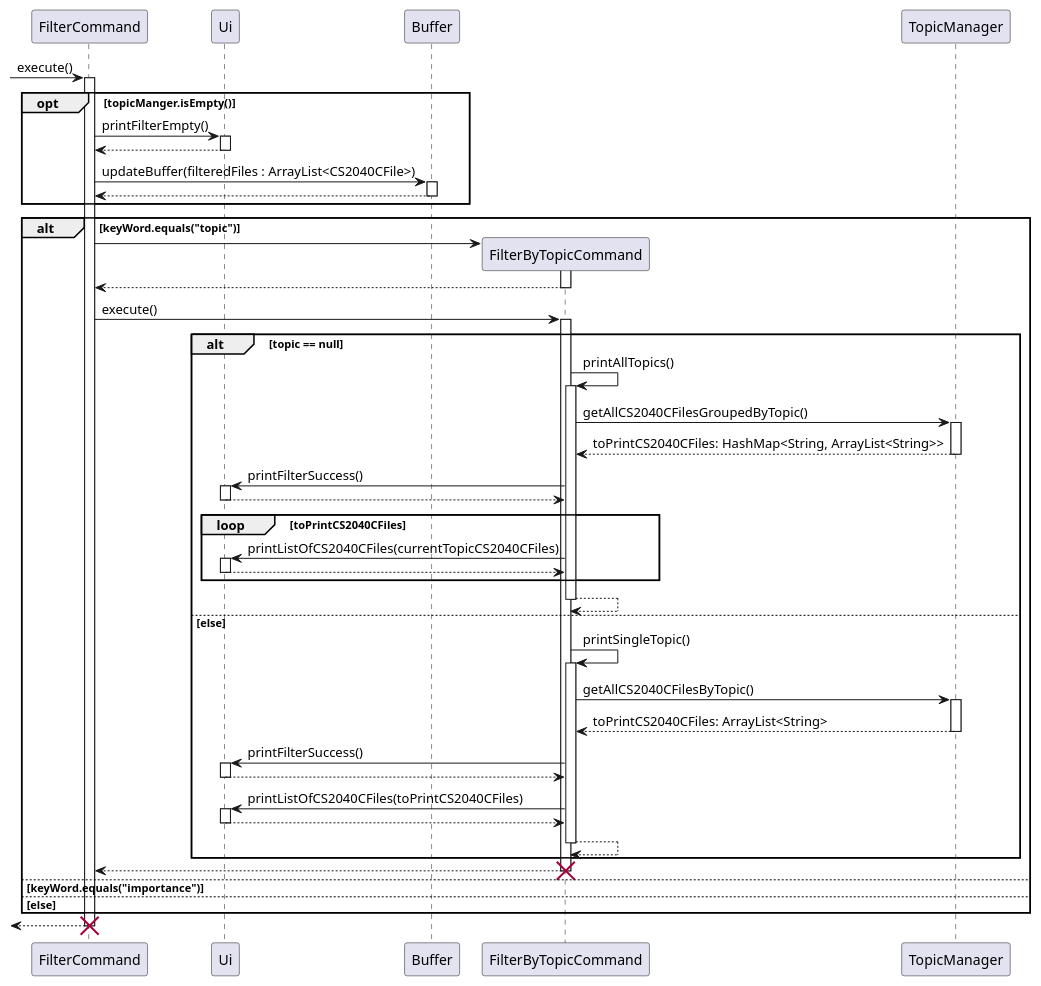
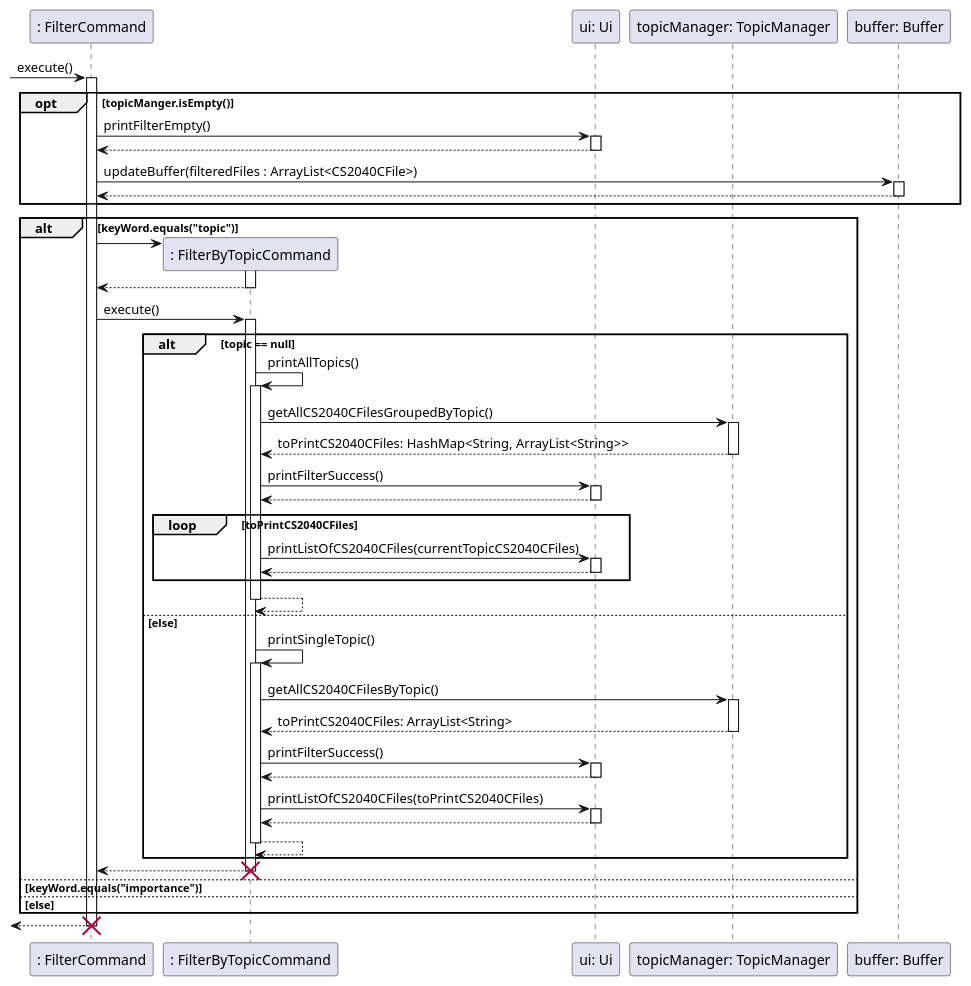
The diagram in docs/sequence-diagrams/source-files/FilterByTopic.puml (ong-ck/tp), drawn with PlantUML before and after one commit. The commit also changed 12 other files, not shown here.

Commit message:
Change sequence diagrams to show objects instead of classes

```diff
--- a/docs/sequence-diagrams/source-files/FilterByTopic.puml
+++ b/docs/sequence-diagrams/source-files/FilterByTopic.puml
@@ -1,59 +1,65 @@
 @startuml
+participant ": FilterCommand" as FilterCommand
+participant ": FilterByTopicCommand" as FilterByTopicCommand
+participant "ui: Ui" as Ui
+participant "topicManager: TopicManager" as TopicManager
+participant "buffer: Buffer" as Buffer
+
 -> FilterCommand : execute()
 activate FilterCommand
     opt topicManger.isEmpty()
         FilterCommand -> Ui : printFilterEmpty()
         activate Ui
         return
         FilterCommand -> Buffer : updateBuffer(filteredFiles : ArrayList<CS2040CFile>)
         activate Buffer
         return
     end
     alt keyWord.equals("topic")
         FilterCommand -> FilterByTopicCommand **
         activate FilterByTopicCommand
         return
 
         FilterCommand -> FilterByTopicCommand : execute()
         activate FilterByTopicCommand
             alt topic == null
                 FilterByTopicCommand -> FilterByTopicCommand : printAllTopics()
                 activate FilterByTopicCommand
                     FilterByTopicCommand -> TopicManager : getAllCS2040CFilesGroupedByTopic()
                     activate TopicManager
                     return toPrintCS2040CFiles: HashMap<String, ArrayList<String>>
 
                     FilterByTopicCommand -> Ui : printFilterSuccess()
                     activate Ui
                     return
 
                     loop toPrintCS2040CFiles
                         FilterByTopicCommand -> Ui : printListOfCS2040CFiles(currentTopicCS2040CFiles)
                         activate Ui
                         return
                     end
                 return
             else else
                 FilterByTopicCommand -> FilterByTopicCommand : printSingleTopic()
                 activate FilterByTopicCommand
                     FilterByTopicCommand -> TopicManager : getAllCS2040CFilesByTopic()
                     activate TopicManager
                     return toPrintCS2040CFiles: ArrayList<String>
 
                     FilterByTopicCommand -> Ui : printFilterSuccess()
                     activate Ui
                     return
 
                     FilterByTopicCommand -> Ui : printListOfCS2040CFiles(toPrintCS2040CFiles)
                     activate Ui
                     return
                 return
             end
         return
         destroy FilterByTopicCommand
     else keyWord.equals("importance")
     else else
     end
 return
 destroy FilterCommand
 @enduml
```
